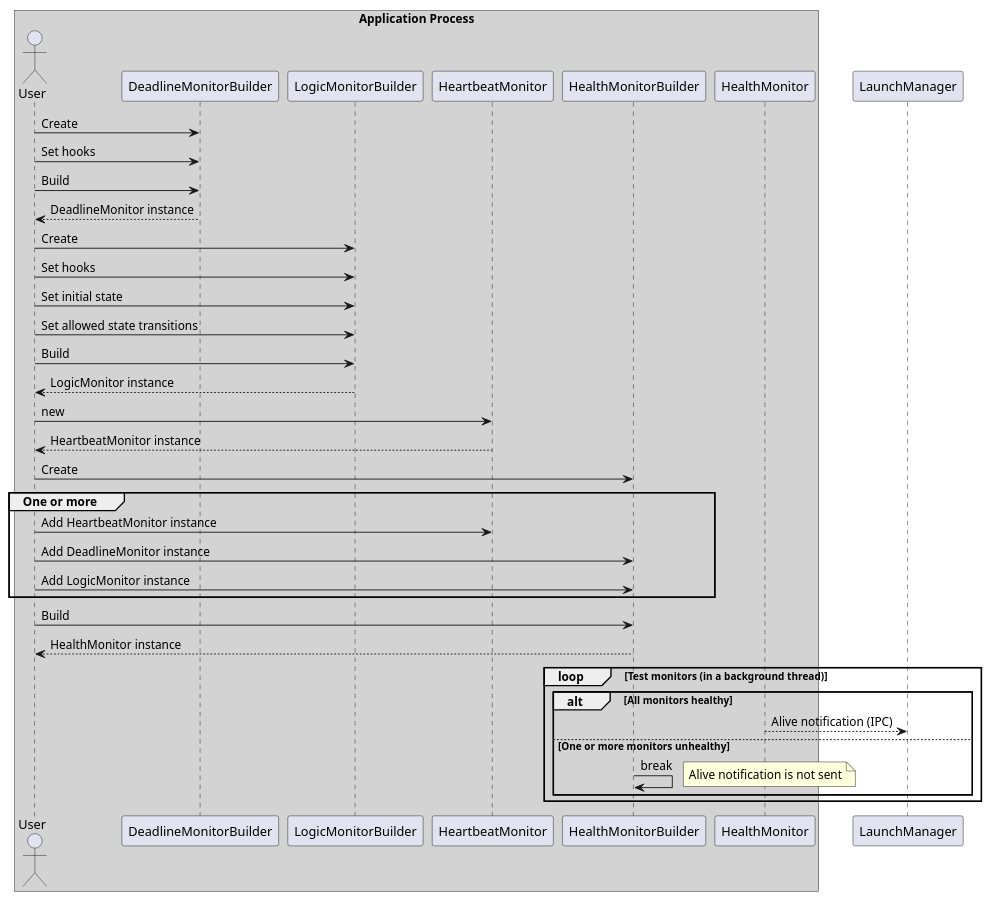
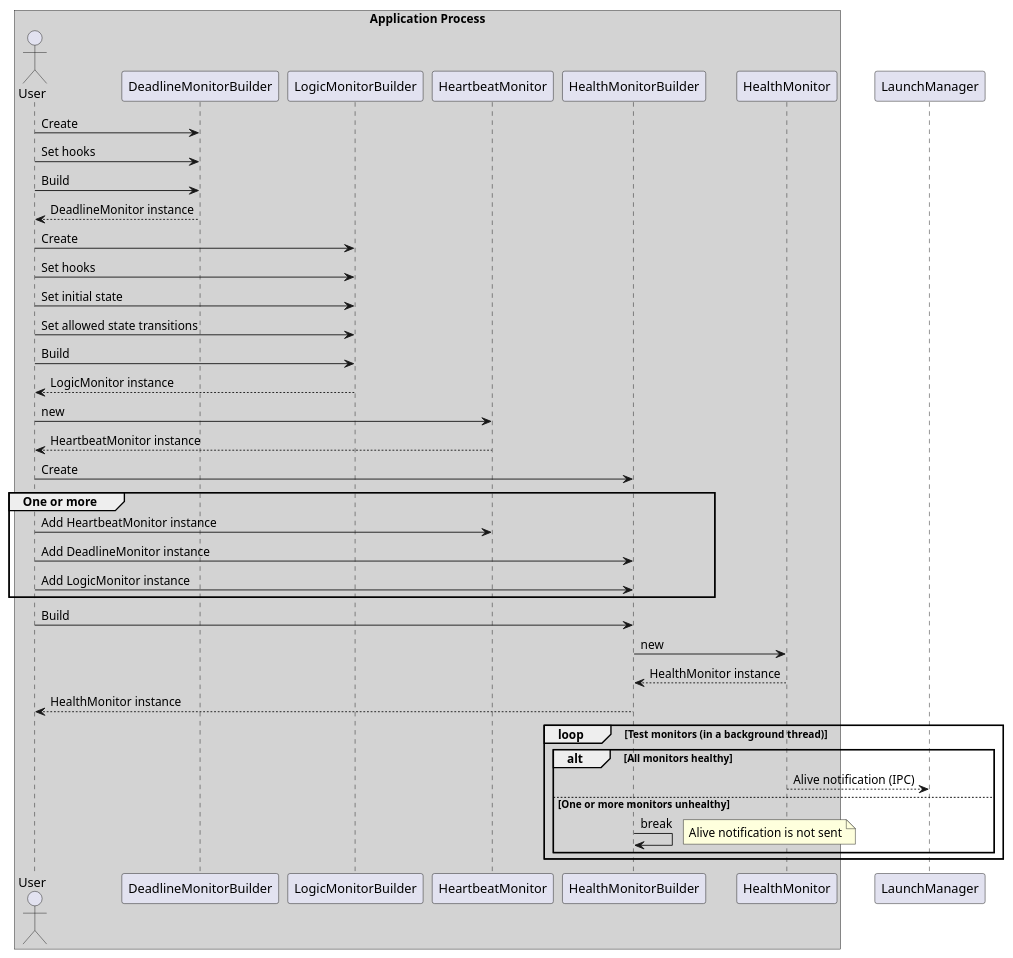
One commit to eclipse-score/lifecycle changed the diagram in docs/module/health_monitor/architecture/assets/hm_creation.puml. Above: the diagram before and after it, drawn with PlantUML. The commit also changed 18 other files, not shown here.

```diff
--- a/docs/module/health_monitor/architecture/assets/hm_creation.puml
+++ b/docs/module/health_monitor/architecture/assets/hm_creation.puml
@@ -1,45 +1,48 @@
 @startuml
 
 box "Application Process" #LightGray
 actor "User" as u
 participant "DeadlineMonitorBuilder" as dmb
 participant "LogicMonitorBuilder" as lmb
 participant "HeartbeatMonitor" as hbm
 participant "HealthMonitorBuilder" as hmb
 participant "HealthMonitor" as hm
 end box
 
 participant "LaunchManager" as lm
 
 u -> dmb : Create
 u -> dmb : Set hooks
 u -> dmb : Build
 dmb --> u : DeadlineMonitor instance
 
 u -> lmb : Create
 u -> lmb : Set hooks
 u -> lmb : Set initial state
 u -> lmb : Set allowed state transitions
 u -> lmb : Build
 lmb --> u : LogicMonitor instance
 
 u -> hbm : new
 hbm --> u : HeartbeatMonitor instance
 
 u -> hmb : Create
 group One or more
     u -> hbm : Add HeartbeatMonitor instance
     u -> hmb : Add DeadlineMonitor instance
     u -> hmb : Add LogicMonitor instance
 end
 u -> hmb : Build
+hmb -> hm: new
+hm --> hmb: HealthMonitor instance
 hmb --> u : HealthMonitor instance
 loop Test monitors (in a background thread)
     alt All monitors healthy
         hm --> lm : Alive notification (IPC)
     else One or more monitors unhealthy
         hmb -> hmb : break
         note right : Alive notification is not sent
     end
 end
+
 @enduml
```
